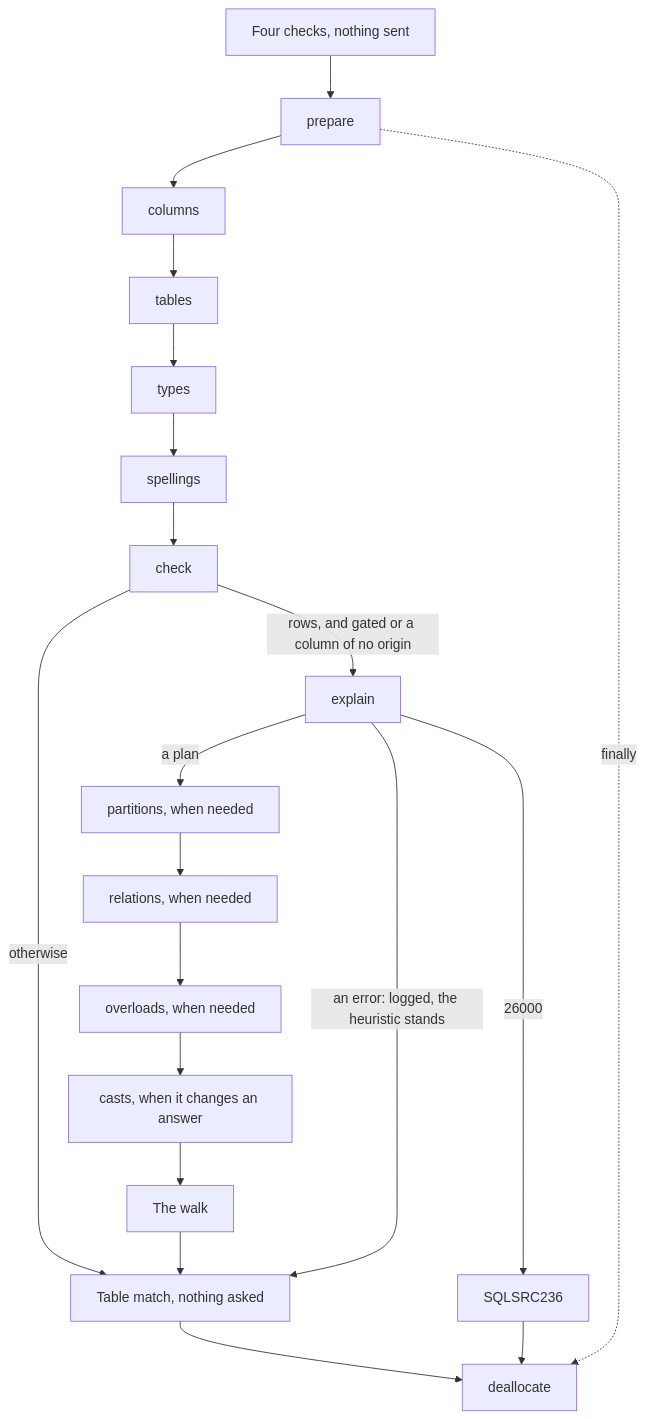
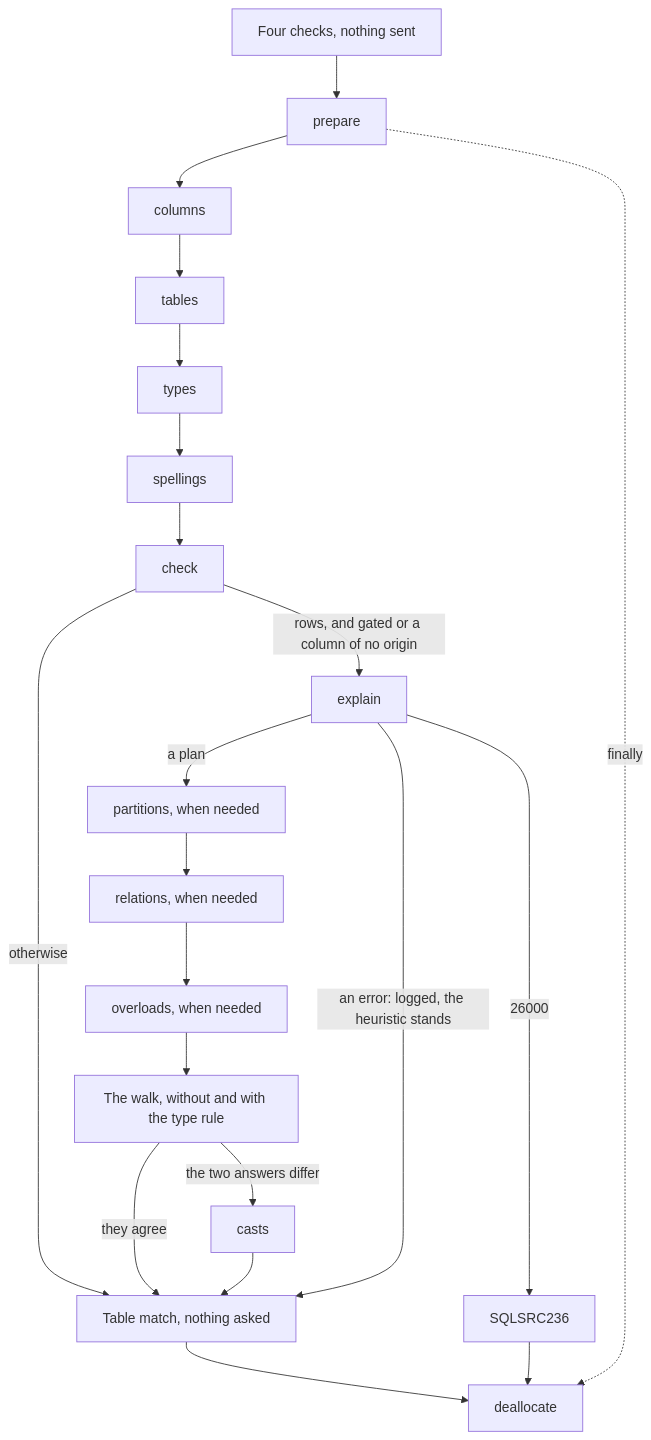
The diagram in docs/architecture/postgres-describer.md (mbcrawfo/SqlSource), drawn with Mermaid before and after one commit. The commit also changed other lines of this file and 9 other files, not shown here.

````diff
--- a/docs/architecture/postgres-describer.md
+++ b/docs/architecture/postgres-describer.md
@@ -80,22 +80,23 @@
 ```mermaid
 flowchart TD
     checks["Four checks, nothing sent"] --> prepare
     prepare --> columns
     columns --> tables
     tables --> types
     types --> spellings
     spellings --> check
     check -->|"rows, and gated or a column of no origin"| explain
     check -->|"otherwise"| match["Table match, nothing asked"]
     explain -->|"a plan"| partitions["partitions, when needed"]
     partitions --> relations["relations, when needed"]
     relations --> overloads["overloads, when needed"]
-    overloads --> casts["casts, when it changes an answer"]
-    casts --> walk["The walk"]
-    walk --> match
+    overloads --> walk["The walk, without and with the type rule"]
+    walk -->|"the two answers differ"| casts["casts"]
+    walk -->|"they agree"| match
+    casts --> match
     explain -->|"an error: logged, the heuristic stands"| match
     explain -->|"26000"| gone["SQLSRC236"]
     match --> deallocate
     gone --> deallocate
     prepare -.->|"finally"| deallocate
 ```
````
